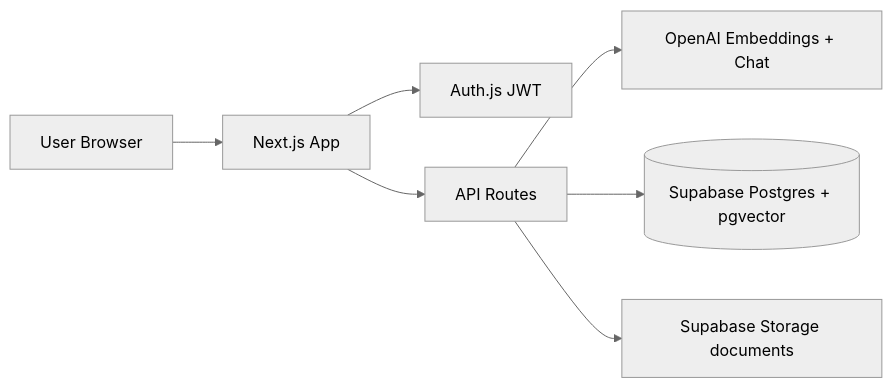
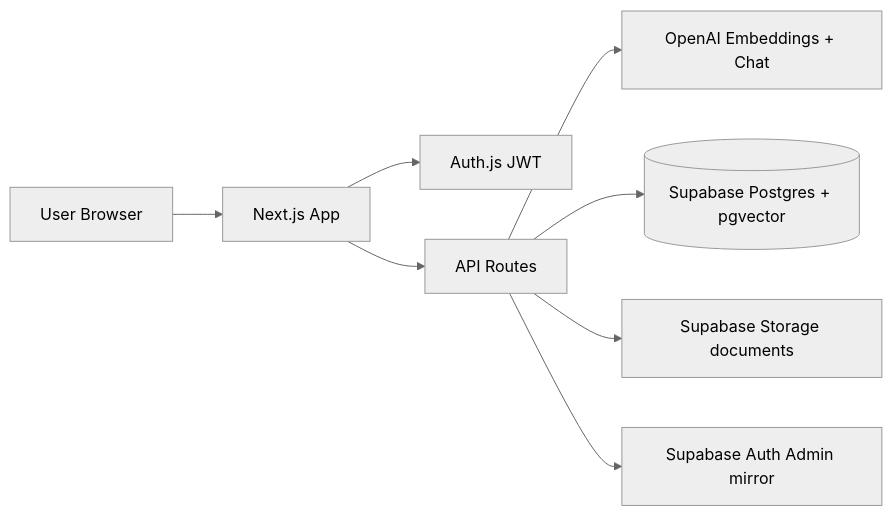
Before and after one commit to Filza548/AI-Knowledge-Base-Assistant: the first of 2 diagrams in README.md, drawn with Mermaid (neutral theme). The commit also changed other lines of this file and 30 other files, not shown here.

````diff
--- a/README.md
+++ b/README.md
@@ -48,9 +52,10 @@
 ```mermaid
 flowchart LR
   User[User Browser] --> Next[Next.js App]
   Next --> Auth[Auth.js JWT]
   Next --> API[API Routes]
   API --> OpenAI[OpenAI Embeddings + Chat]
   API --> SB[(Supabase Postgres + pgvector)]
   API --> ST[Supabase Storage documents]
+  API --> SA[Supabase Auth Admin mirror]
 ```
````
